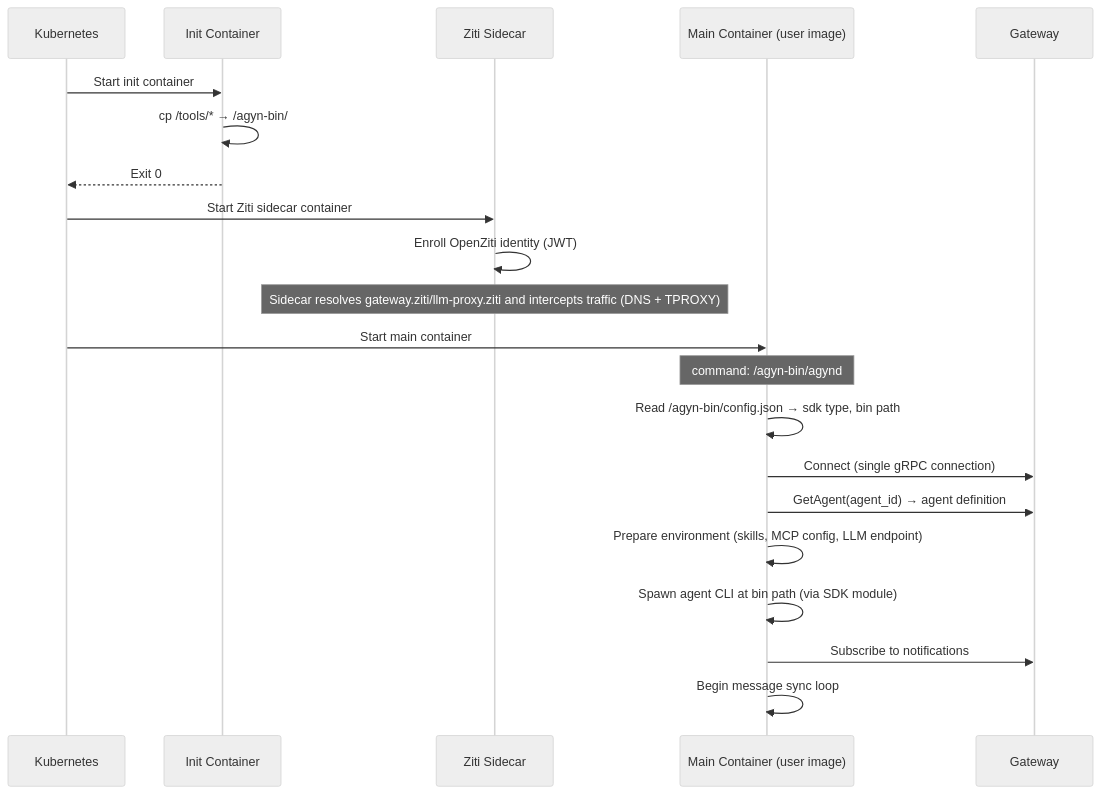
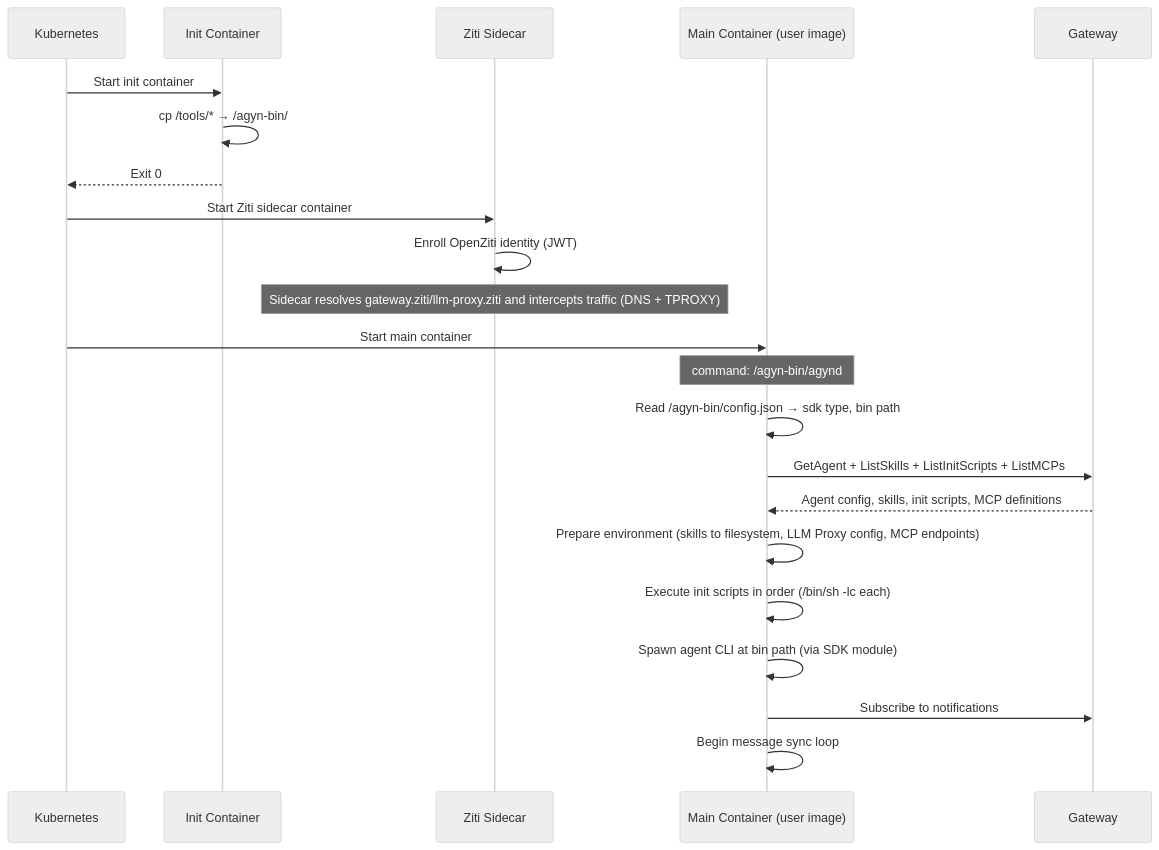
Before and after one commit to agynio/architecture: the second of 2 diagrams in architecture/agent-init.md, drawn with Mermaid (neutral theme). The commit also changed other lines of this file and 15 other files, not shown here.

````diff
--- a/architecture/agent-init.md
+++ b/architecture/agent-init.md
@@ -211,27 +211,28 @@
 ```mermaid
 sequenceDiagram
     participant K as Kubernetes
     participant IC as Init Container
     participant ZS as Ziti Sidecar
     participant MC as Main Container (user image)
     participant GW as Gateway
 
     K->>IC: Start init container
     IC->>IC: cp /tools/* → /agyn-bin/
     IC-->>K: Exit 0
 
     K->>ZS: Start Ziti sidecar container
     ZS->>ZS: Enroll OpenZiti identity (JWT)
     Note over ZS: Sidecar resolves gateway.ziti/llm-proxy.ziti and intercepts traffic (DNS + TPROXY)
 
     K->>MC: Start main container
     Note over MC: command: /agyn-bin/agynd
 
     MC->>MC: Read /agyn-bin/config.json → sdk type, bin path
-    MC->>GW: Connect (single gRPC connection)
-    MC->>GW: GetAgent(agent_id) → agent definition
-    MC->>MC: Prepare environment (skills, MCP config, LLM endpoint)
+    MC->>GW: GetAgent + ListSkills + ListInitScripts + ListMCPs
+    GW-->>MC: Agent config, skills, init scripts, MCP definitions
+    MC->>MC: Prepare environment (skills to filesystem, LLM Proxy config, MCP endpoints)
+    MC->>MC: Execute init scripts in order (/bin/sh -lc each)
     MC->>MC: Spawn agent CLI at bin path (via SDK module)
     MC->>GW: Subscribe to notifications
     MC->>MC: Begin message sync loop
 ```
````
